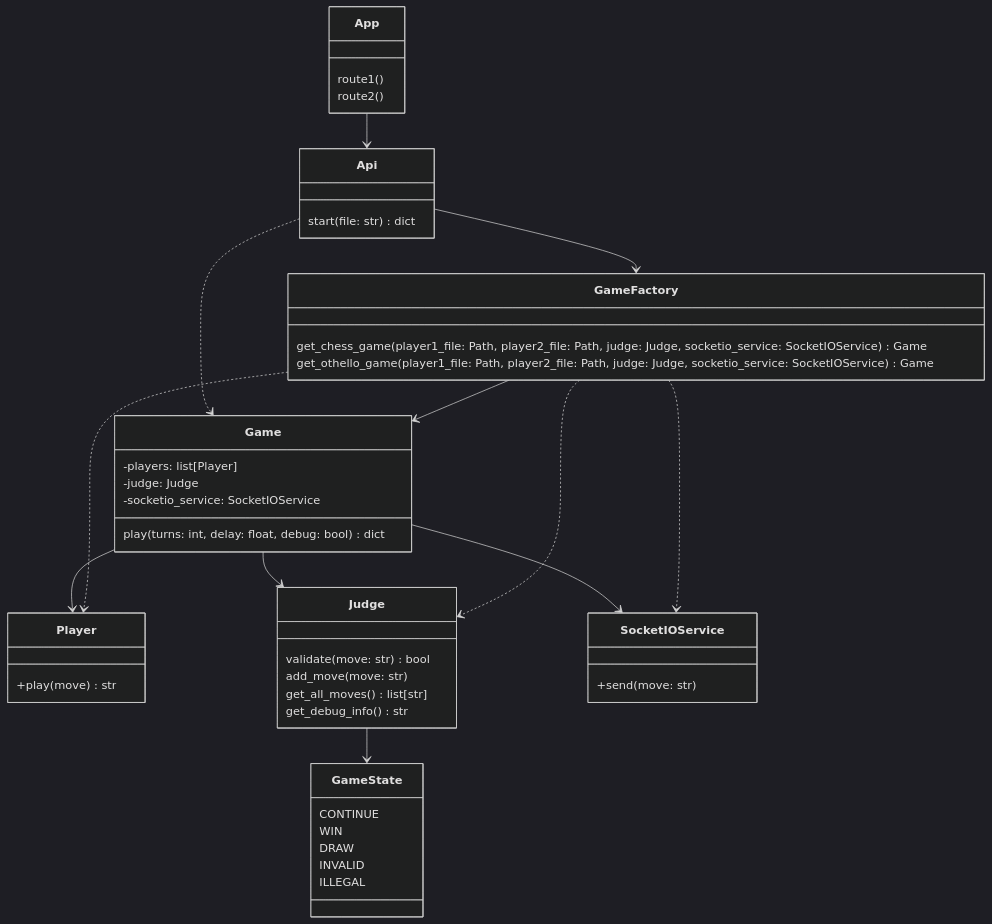
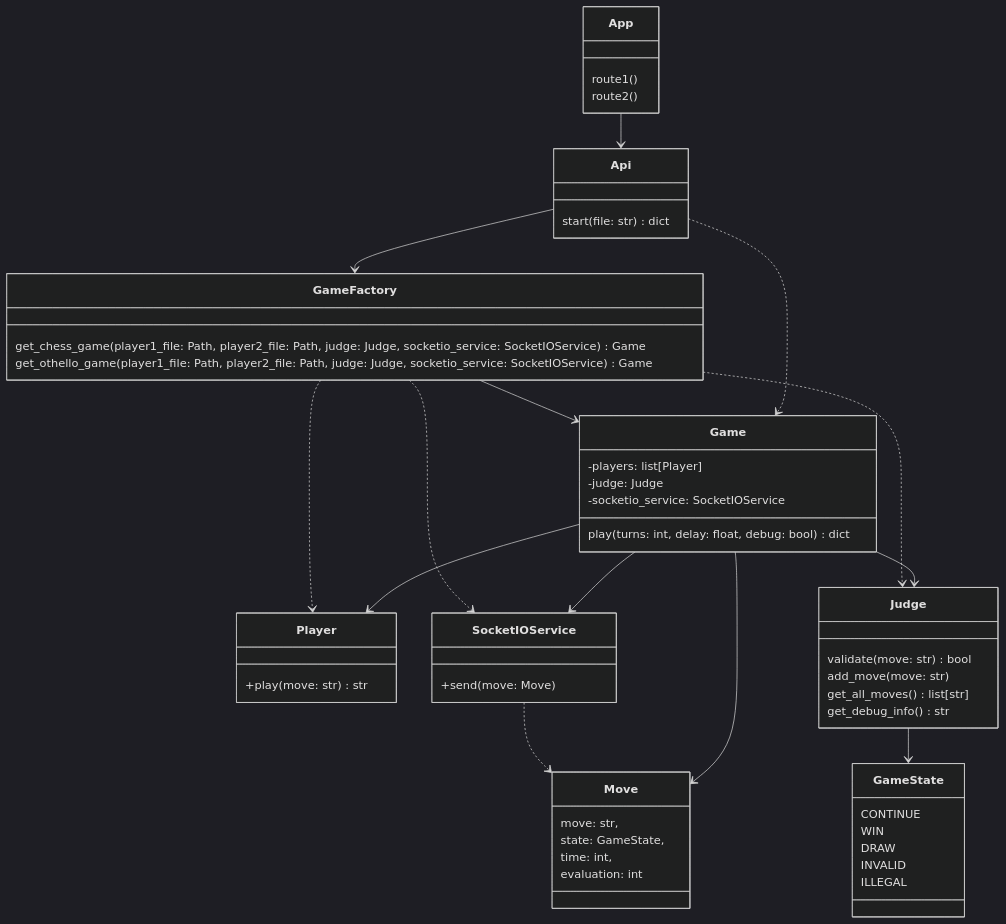
The third of 3 diagrams in docs/architecture.md (game-ai-platform-team/tira-ai-platform), drawn with Mermaid (dark theme) before and after one commit. The commit also changed 4 other files, not shown here.

````diff
--- a/docs/architecture.md
+++ b/docs/architecture.md
@@ -92,60 +92,70 @@
 ```mermaid
 classDiagram
 
 App --> Api
 Api ..> Game
 Api --> GameFactory
 Game --> Player
 Game --> Judge
+Game --> Move
 Game --> SocketIOService
 GameFactory --> Game
 GameFactory ..> Judge
 GameFactory ..> Player
 GameFactory ..> SocketIOService
 Judge --> GameState
+
+SocketIOService ..> Move
 
 class GameFactory {
     get_chess_game(player1_file: Path, player2_file: Path, judge: Judge, socketio_service: SocketIOService) Game
     get_othello_game(player1_file: Path, player2_file: Path, judge: Judge, socketio_service: SocketIOService) Game
 }
 
 class Game {
     -players: list[Player]
     -judge: Judge
     -socketio_service: SocketIOService
 
     play(turns: int, delay: float, debug: bool) dict
 }
 
 class SocketIOService {
-    +send(move: str)
+    +send(move: Move)
 }
 
 class Judge {
     validate(move: str) bool
     add_move(move: str)
     get_all_moves() list[str]
     get_debug_info() str
 }
 
 class Player {
-    +play(move) str
+    +play(move: str) str
 }
 
 class GameState {
     CONTINUE
     WIN
     DRAW
     INVALID
     ILLEGAL
+}
+
+class Move {
+    move: str,
+    state: GameState,
+    time: int,
+    evaluation: int
 }
 
 class Api {
     start(file: str) dict
 }
 
 class App {
     route1()
     route2()
 }
 ```
````
